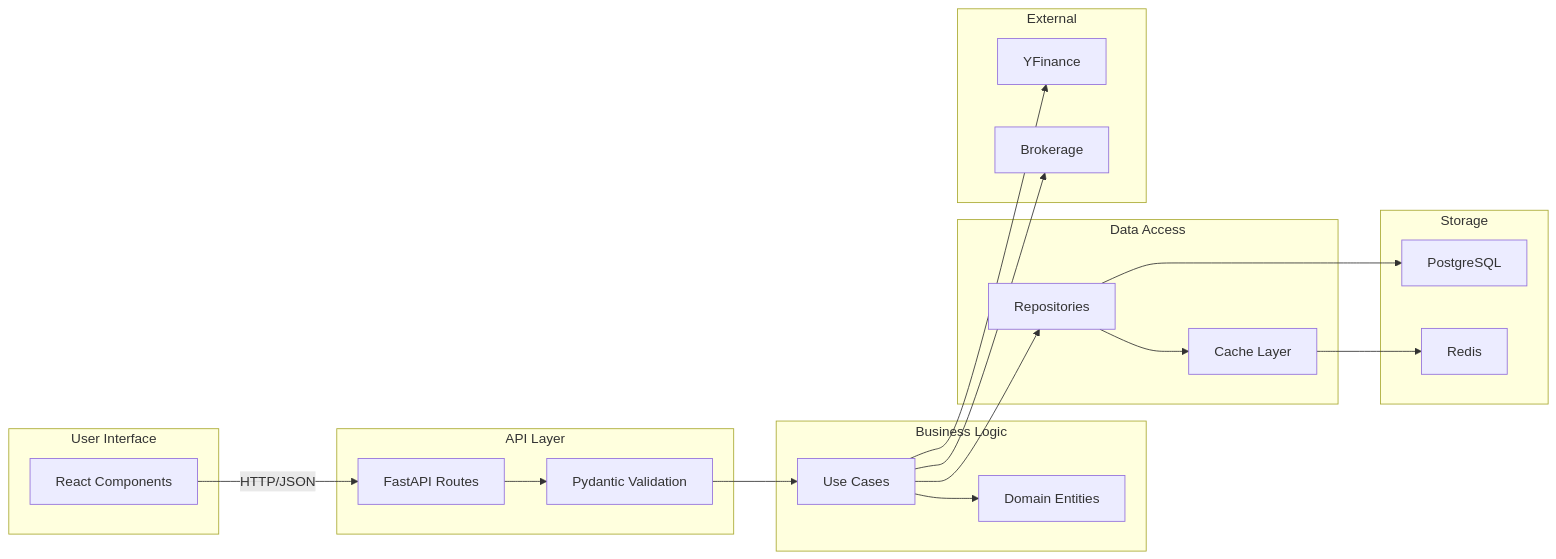
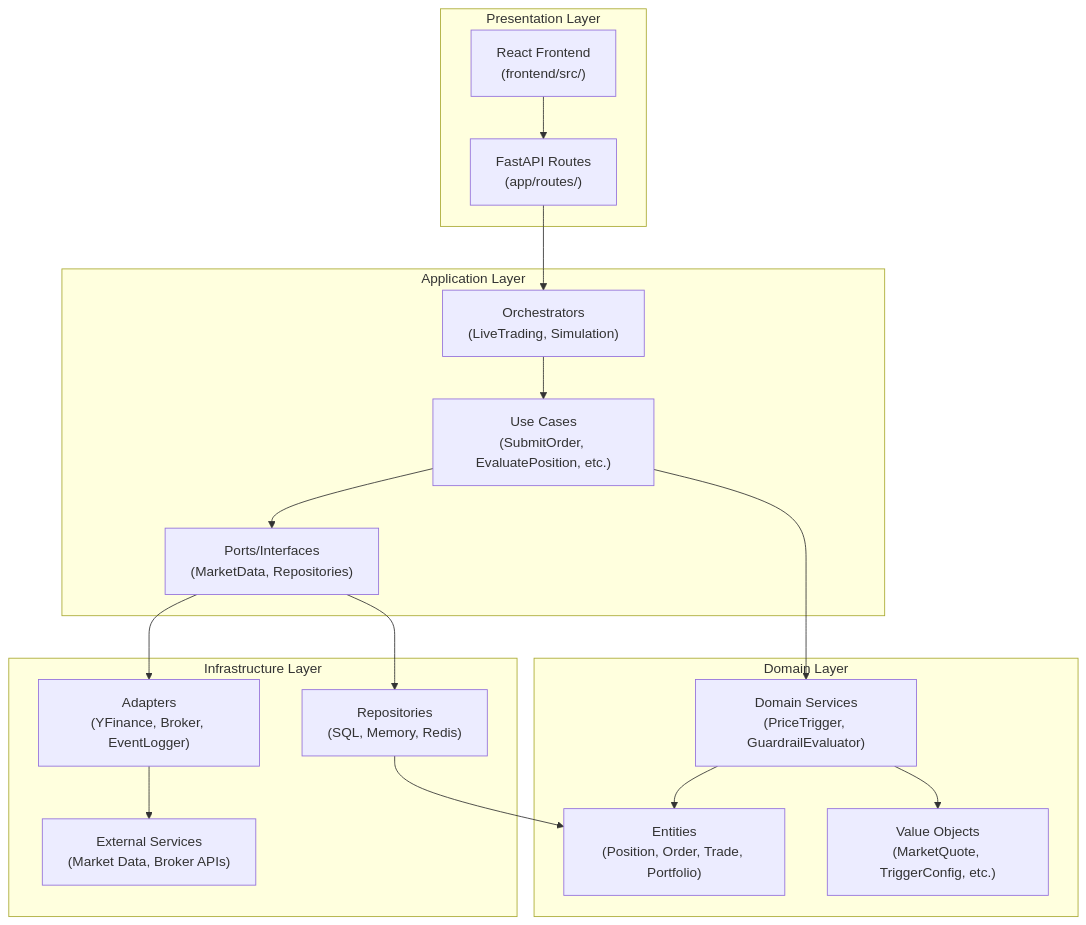
The first of 3 diagrams in docs/architecture/component_architecture.md (iharari2/Volatility-Balancing), drawn with Mermaid before and after one commit. The commit also changed other lines of this file and 506 other files, not shown here.

````diff
--- a/docs/architecture/component_architecture.md
+++ b/docs/architecture/component_architecture.md
@@ -193,42 +23,37 @@
 ```mermaid
-graph LR
-  subgraph "User Interface"
-    UI["React Components"]
-  end
+graph TB
+    subgraph "Presentation Layer"
+        API["FastAPI Routes<br/>(app/routes/)"]
+        UI["React Frontend<br/>(frontend/src/)"]
+    end
 
-  subgraph "API Layer"
-    API["FastAPI Routes"]
-    VAL["Pydantic Validation"]
-  end
+    subgraph "Application Layer"
+        ORCH["Orchestrators<br/>(LiveTrading, Simulation)"]
+        UC["Use Cases<br/>(SubmitOrder, EvaluatePosition, etc.)"]
+        PORTS["Ports/Interfaces<br/>(MarketData, Repositories)"]
+    end
 
-  subgraph "Business Logic"
-    UC["Use Cases"]
-    ENT["Domain Entities"]
-  end
+    subgraph "Domain Layer"
+        ENT["Entities<br/>(Position, Order, Trade, Portfolio)"]
+        VO["Value Objects<br/>(MarketQuote, TriggerConfig, etc.)"]
+        DS["Domain Services<br/>(PriceTrigger, GuardrailEvaluator)"]
+    end
 
-  subgraph "Data Access"
-    REPO["Repositories"]
-    CACHE["Cache Layer"]
-  end
+    subgraph "Infrastructure Layer"
+        REPO["Repositories<br/>(SQL, Memory, Redis)"]
+        ADAPT["Adapters<br/>(YFinance, Broker, EventLogger)"]
+        EXT["External Services<br/>(Market Data, Broker APIs)"]
+    end
 
-  subgraph "Storage"
-    DB["PostgreSQL"]
-    REDIS["Redis"]
-  end
-
-  subgraph "External"
-    YFIN["YFinance"]
-    BROKER["Brokerage"]
-  end
-
-  UI -->|HTTP/JSON| API
-  API --> VAL
-  VAL --> UC
-  UC --> ENT
-  UC --> REPO
-  REPO --> CACHE
-  REPO --> DB
-  CACHE --> REDIS
-  UC --> YFIN
-  UC --> BROKER
+    API --> ORCH
+    UI --> API
+    ORCH --> UC
+    UC --> PORTS
+    UC --> DS
+    PORTS --> REPO
+    PORTS --> ADAPT
+    ADAPT --> EXT
+    DS --> ENT
+    DS --> VO
+    REPO --> ENT
 ```
````
